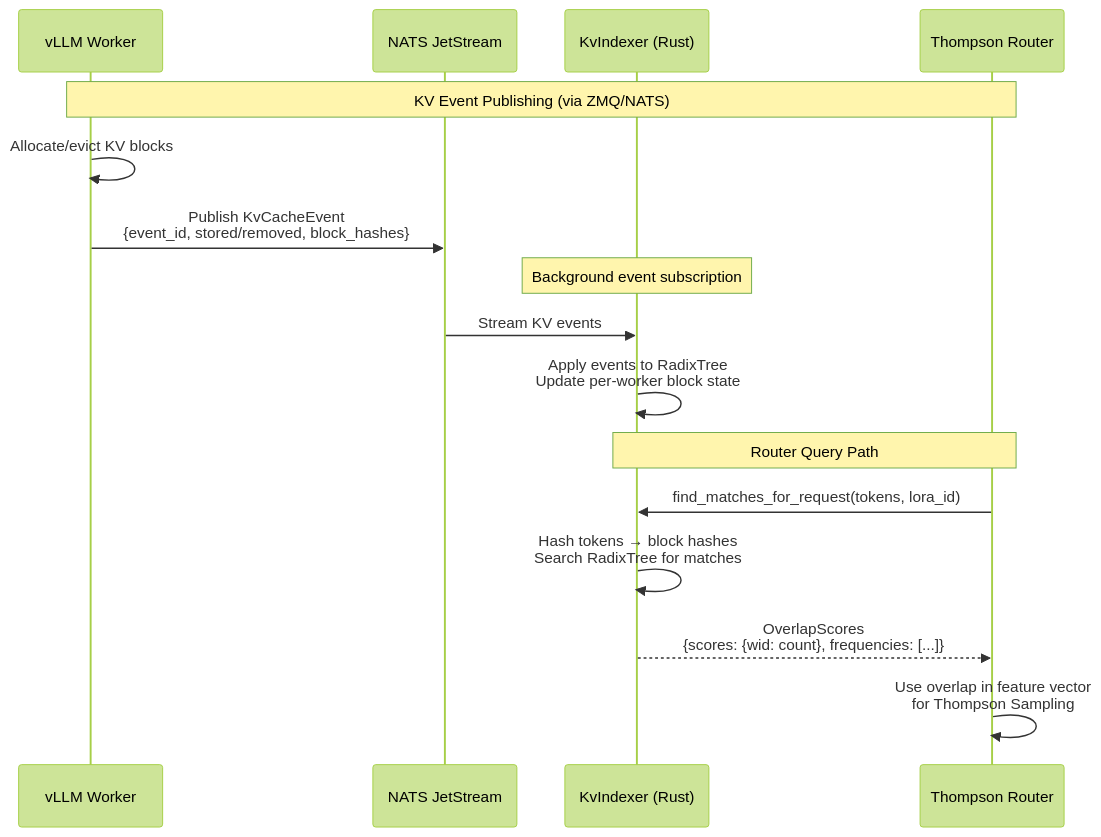
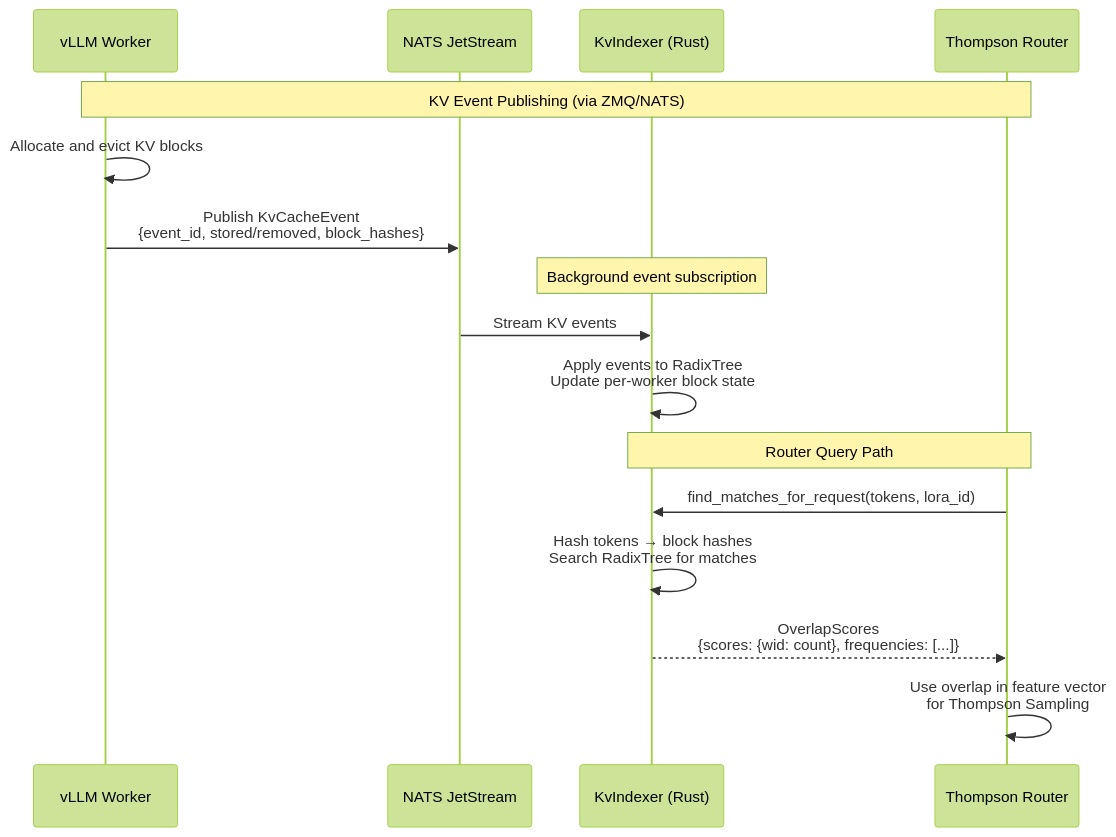
Before and after one commit to NVIDIA/NeMo-Agent-Toolkit: the second of 6 diagrams in external/dynamo/E2E_SEQUENCE.md, drawn with Mermaid (forest theme). The commit also changed other lines of this file and 6 other files, not shown here.

````diff
--- a/external/dynamo/E2E_SEQUENCE.md
+++ b/external/dynamo/E2E_SEQUENCE.md
@@ -368,23 +368,23 @@
 ```mermaid
 sequenceDiagram
     participant Worker as vLLM Worker
     participant NATS as NATS JetStream
     participant Indexer as KvIndexer (Rust)
     participant Router as Thompson Router
 
     Note over Worker,Router: KV Event Publishing (via ZMQ/NATS)
     
-    Worker->>Worker: Allocate/evict KV blocks
+    Worker->>Worker: Allocate and evict KV blocks
     Worker->>NATS: Publish KvCacheEvent<br/>{event_id, stored/removed, block_hashes}
     
     Note over Indexer: Background event subscription
     NATS->>Indexer: Stream KV events
     Indexer->>Indexer: Apply events to RadixTree<br/>Update per-worker block state
     
     Note over Router,Indexer: Router Query Path
     Router->>Indexer: find_matches_for_request(tokens, lora_id)
     Indexer->>Indexer: Hash tokens → block hashes<br/>Search RadixTree for matches
     Indexer-->>Router: OverlapScores<br/>{scores: {wid: count}, frequencies: [...]}
     
     Router->>Router: Use overlap in feature vector<br/>for Thompson Sampling
 ```
````
